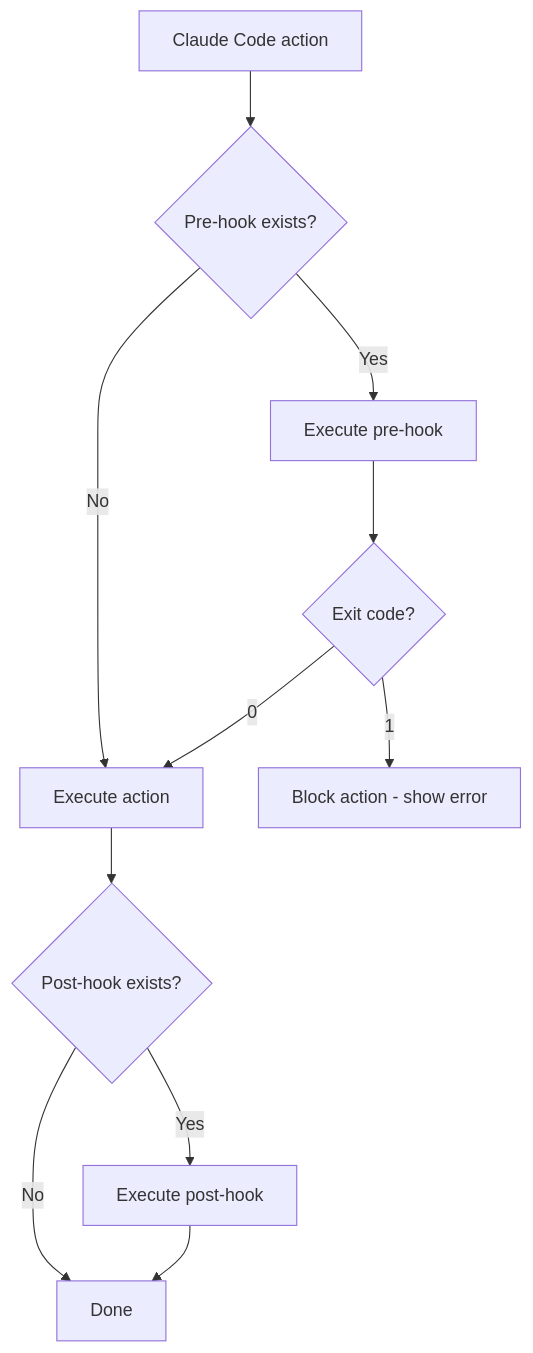
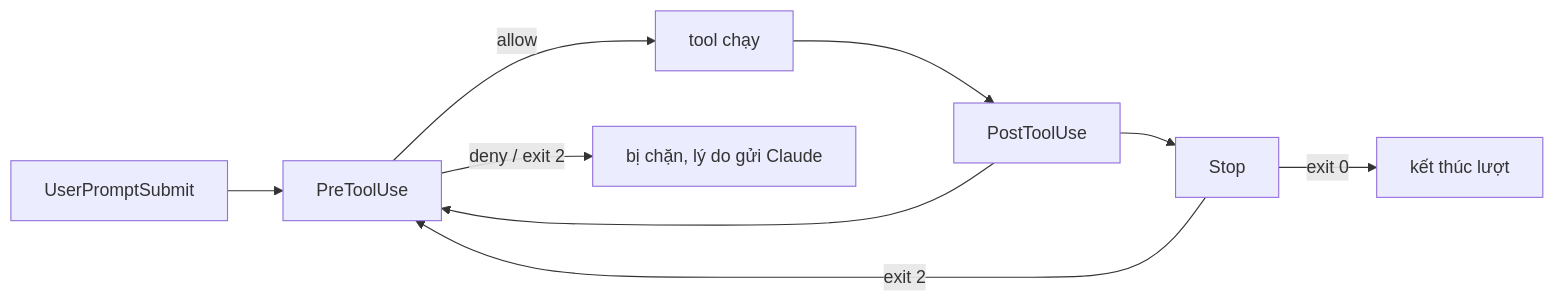
One commit to ShipWithAI/claude-code-mastery changed the diagram in src/content/docs/vi/claude-code/phase-11-automation-headless/03-hooks-system.md. Above: the diagram before and after it, drawn with Mermaid. The commit also changed other lines of this file and 3 other files, not shown here.

First line of the commit message:
rewrite(11.3): hooks system on settings.json — PreToolUse/PostToolUse/Stop, stdin JSON, exit 2 (audit W1-1) (#60)

````diff
--- a/src/content/docs/vi/claude-code/phase-11-automation-headless/03-hooks-system.md
+++ b/src/content/docs/vi/claude-code/phase-11-automation-headless/03-hooks-system.md
@@ -51,13 +70,11 @@
 ```mermaid
-graph TB
-    A[Claude Code action] --> B{Pre-hook exists?}
-    B -->|Yes| C[Execute pre-hook]
-    B -->|No| E[Execute action]
-    C --> D{Exit code?}
-    D -->|0| E
-    D -->|1| F[Block action - show error]
-    E --> G{Post-hook exists?}
-    G -->|Yes| H[Execute post-hook]
-    G -->|No| I[Done]
-    H --> I
+graph LR
+    U[UserPromptSubmit] --> P[PreToolUse]
+    P -->|allow| T[tool chạy]
+    P -->|deny / exit 2| X[bị chặn, lý do gửi Claude]
+    T --> Q[PostToolUse]
+    Q --> P
+    Q --> S[Stop]
+    S -->|exit 2| P
+    S -->|exit 0| E[kết thúc lượt]
 ```
````
